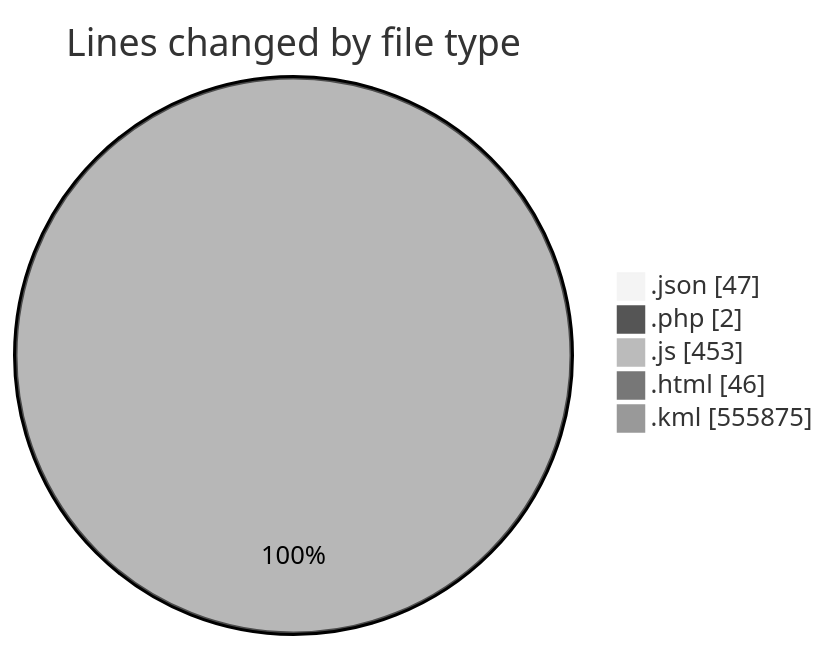
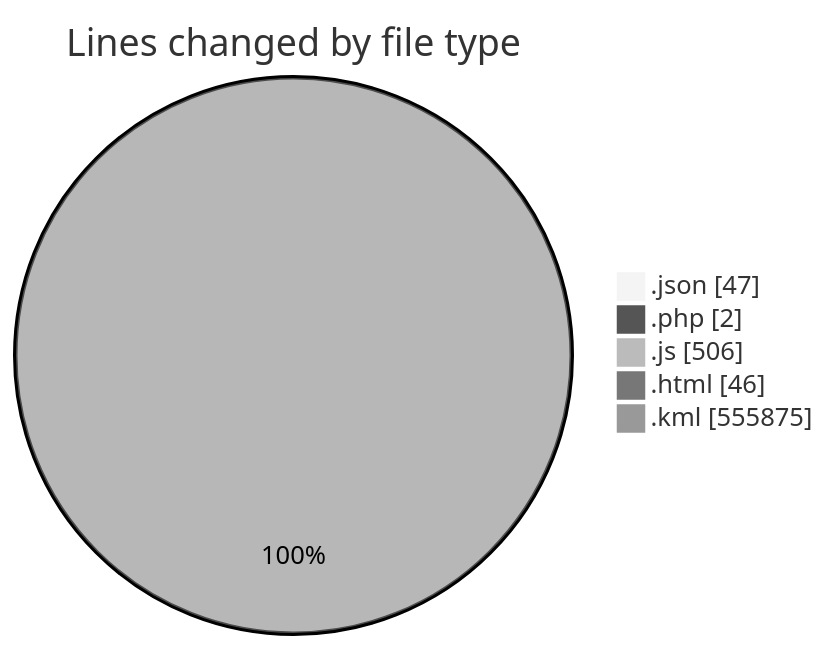
Before and after one commit to LanceThiago/code-tracking: the first of 2 diagrams in 2025-03-27/kml/README.md, drawn with Mermaid (neutral theme). The commit also changed other lines of this file and 1 other file, not shown here.

````diff
--- a/2025-03-27/kml/README.md
+++ b/2025-03-27/kml/README.md
@@ -28,9 +28,9 @@
 ```mermaid
 pie showData
 title Lines changed by file type
 ".json" : 47
 ".php" : 2
-".js" : 453
+".js" : 506
 ".html" : 46
 ".kml" : 555875
 ```
````
